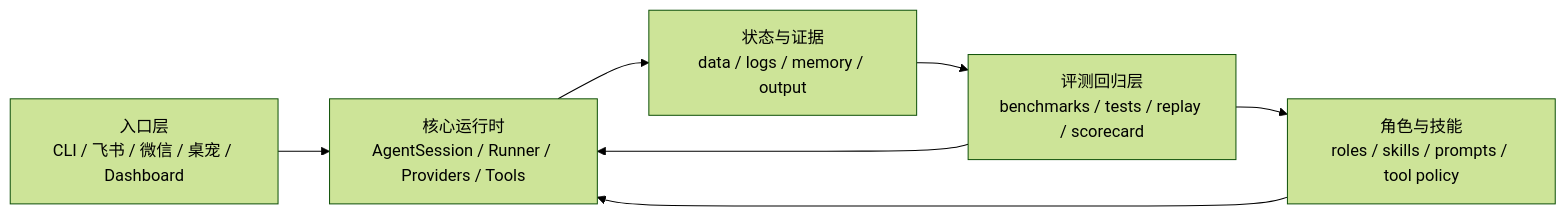
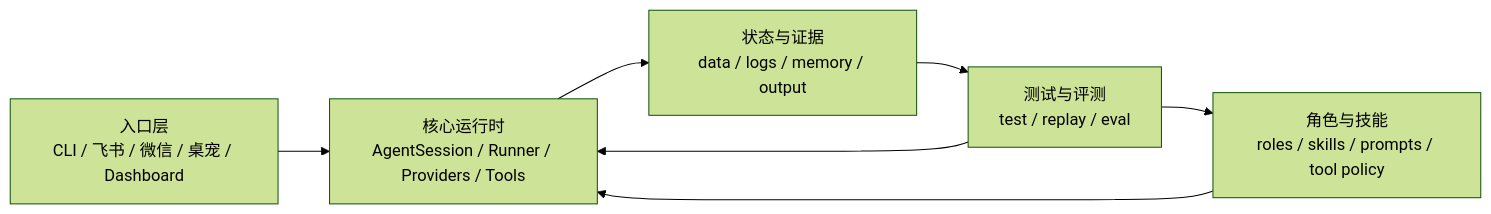
One commit to fightheyyy/XiaoBa-CLI changed the diagram in README.md. Above: the diagram before and after it, drawn with Mermaid (forest theme). The commit also changed other lines of this file and 155 other files, not shown here.

Commit message:
Add live eval boundary and trace replay

````diff
--- a/README.md
+++ b/README.md
@@ -218,15 +227,15 @@
 ```mermaid
 flowchart LR
     Surfaces["入口层<br/>CLI / 飞书 / 微信 / 桌宠 / Dashboard"]
     Harness["核心运行时<br/>AgentSession / Runner / Providers / Tools"]
     Policy["角色与技能<br/>roles / skills / prompts / tool policy"]
     Evidence["状态与证据<br/>data / logs / memory / output"]
-    Gates["评测回归层<br/>benchmarks / tests / replay / scorecard"]
+    Quality["测试与评测<br/>test / replay / eval"]
 
     Surfaces --> Harness
     Policy --> Harness
     Harness --> Evidence
-    Evidence --> Gates
-    Gates --> Harness
-    Gates --> Policy
+    Evidence --> Quality
+    Quality --> Harness
+    Quality --> Policy
 ```
````
